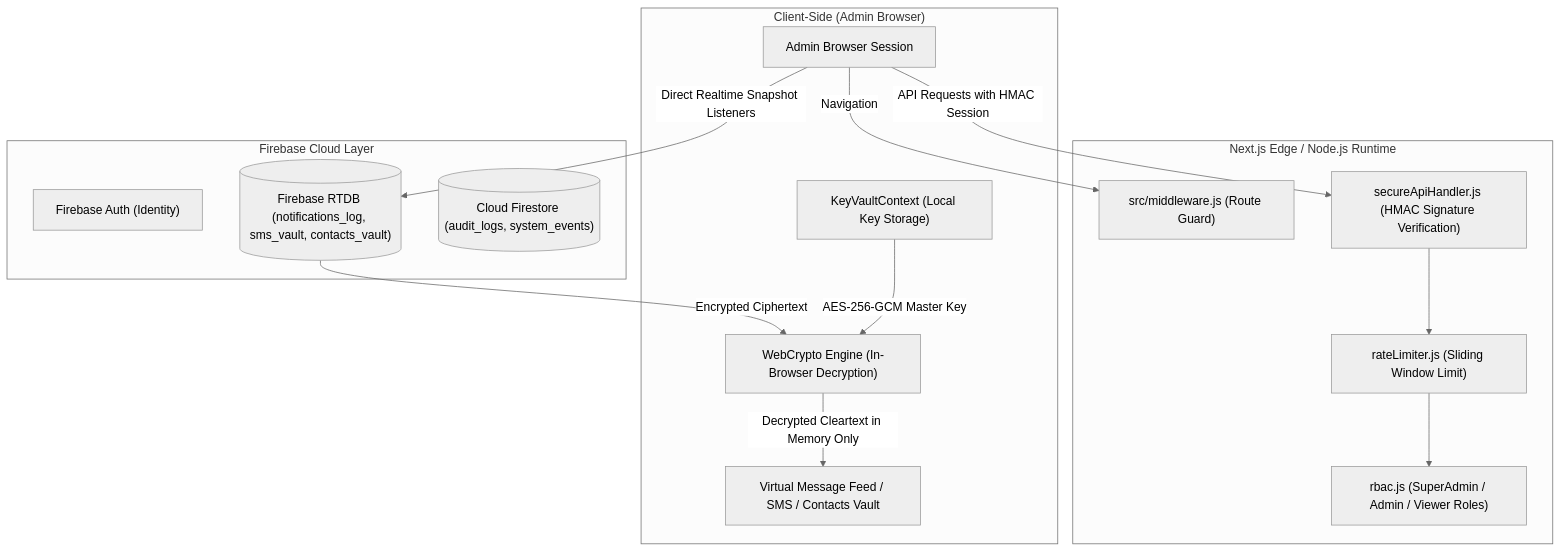
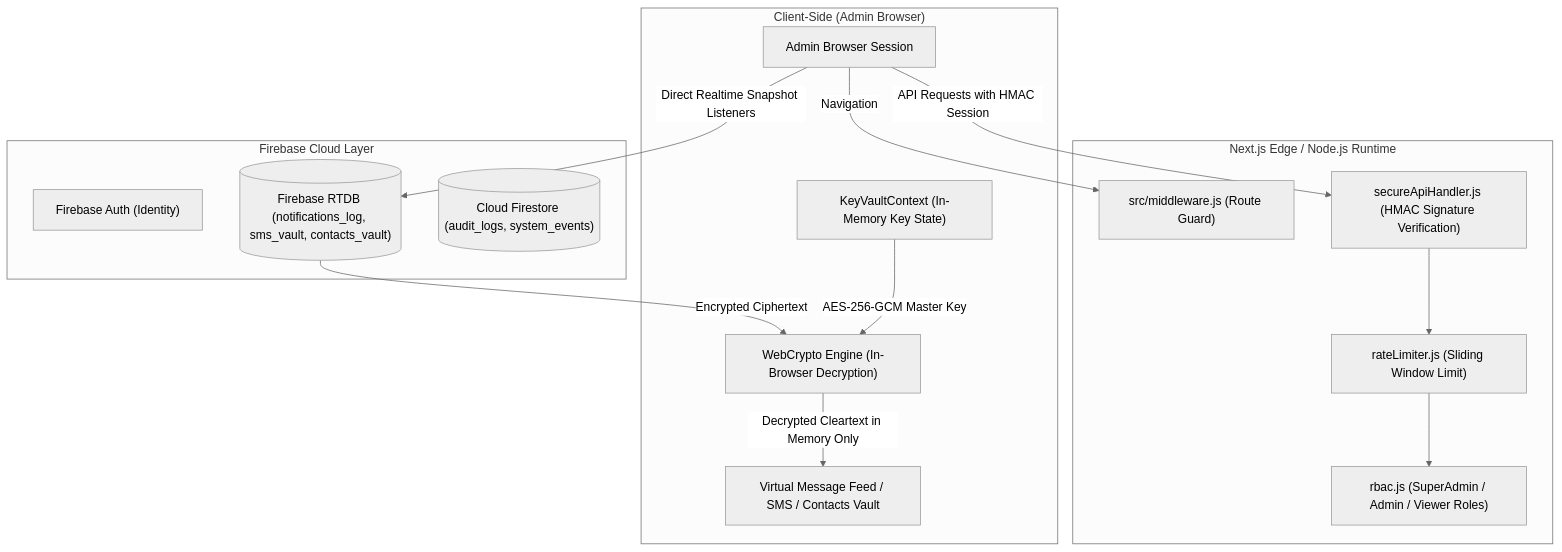
Before and after one commit to FARAZSHAH909/StealthDashbaord: the diagram in Obsidian_Vault/01 - Secure Admin Dashboard/Architecture_Overview.md, drawn with Mermaid (neutral theme). The commit also changed other lines of this file and 33 other files, not shown here.

````diff
--- a/Obsidian_Vault/01 - Secure Admin Dashboard/Architecture_Overview.md
+++ b/Obsidian_Vault/01 - Secure Admin Dashboard/Architecture_Overview.md
@@ -24,30 +24,30 @@
 ```mermaid
 flowchart TD
     subgraph Client ["Client-Side (Admin Browser)"]
         BrowserSession["Admin Browser Session"]
-        KeyVault["KeyVaultContext (Local Key Storage)"]
+        KeyVault["KeyVaultContext (In-Memory Key State)"]
         WebCrypto["WebCrypto Engine (In-Browser Decryption)"]
         Feeds["Virtual Message Feed / SMS / Contacts Vault"]
     end
 
     subgraph Edge ["Next.js Edge / Node.js Runtime"]
         Middleware["src/middleware.js (Route Guard)"]
         SecureAPI["secureApiHandler.js (HMAC Signature Verification)"]
         RateLimiter["rateLimiter.js (Sliding Window Limit)"]
         RBAC["rbac.js (SuperAdmin / Admin / Viewer Roles)"]
     end
 
     subgraph FirebaseServices ["Firebase Cloud Layer"]
         FirebaseAuth["Firebase Auth (Identity)"]
         RTDB[("Firebase RTDB (notifications_log, sms_vault, contacts_vault)")]
         Firestore[("Cloud Firestore (audit_logs, system_events)")]
     end
 
     BrowserSession -->|Navigation| Middleware
     BrowserSession -->|API Requests with HMAC Session| SecureAPI
     SecureAPI --> RateLimiter --> RBAC
     BrowserSession -->|Direct Realtime Snapshot Listeners| RTDB
     RTDB -->|Encrypted Ciphertext| WebCrypto
     KeyVault -->|AES-256-GCM Master Key| WebCrypto
     WebCrypto -->|Decrypted Cleartext in Memory Only| Feeds
 ```
````
